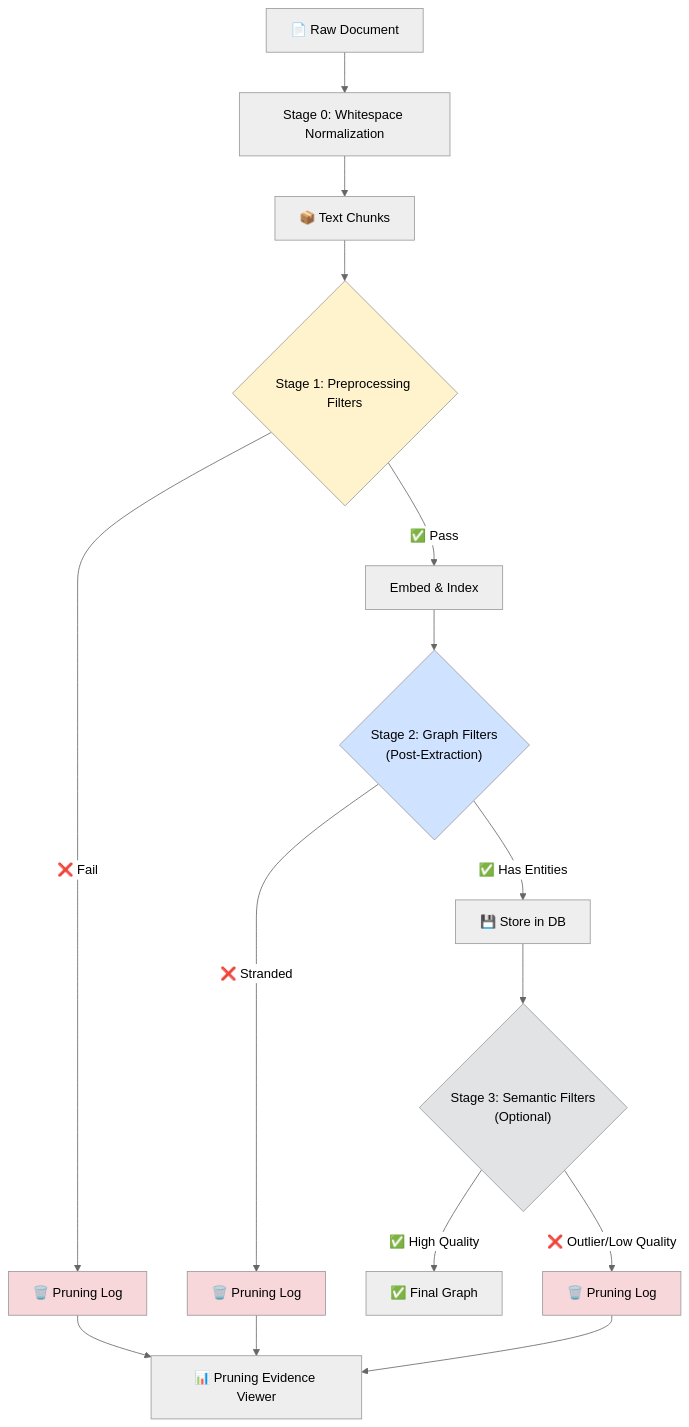
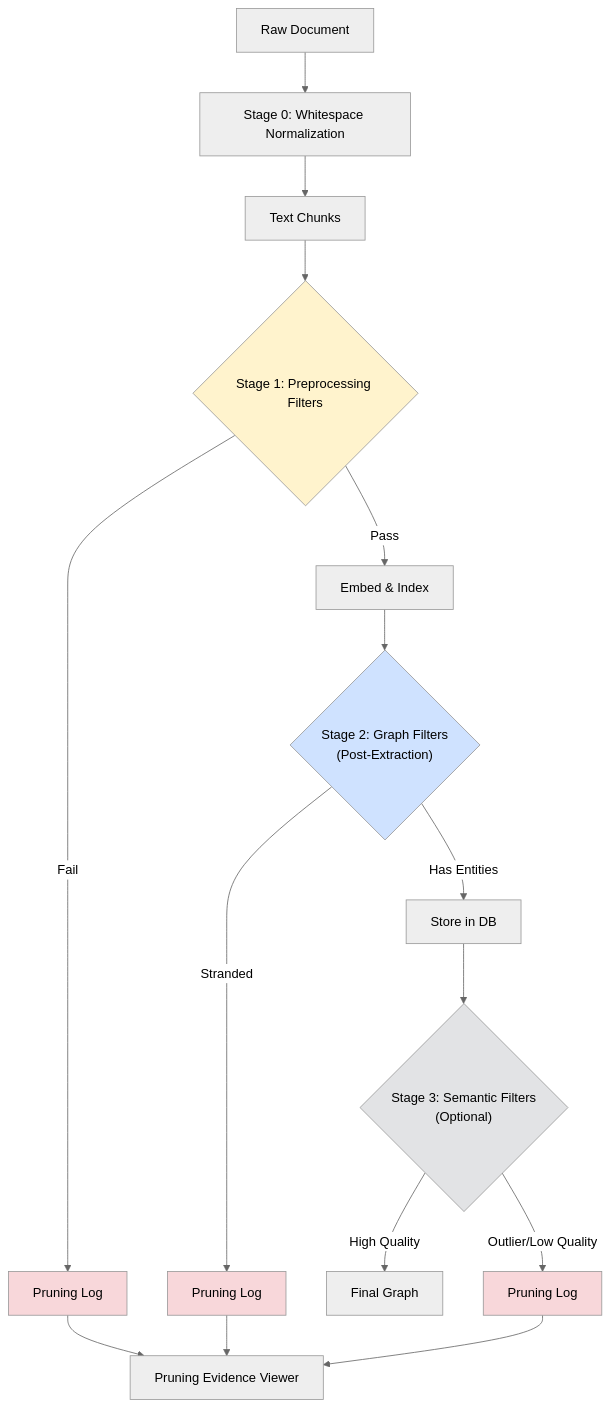
Before and after one commit to T-NhanNguyen/graphRAG-LlamaIndex: the diagram in docs/garbage-filtering-explained.md, drawn with Mermaid (neutral theme). The commit also changed 45 other files, not shown here.

````diff
--- a/docs/garbage-filtering-explained.md
+++ b/docs/garbage-filtering-explained.md
@@ -46,26 +46,26 @@
 ```mermaid
 graph TD
-    A["📄 Raw Document"] --> B["Stage 0: Whitespace Normalization"]
-    B --> C["📦 Text Chunks"]
+    A[" Raw Document"] --> B["Stage 0: Whitespace Normalization"]
+    B --> C[" Text Chunks"]
 
     C --> D{"Stage 1: Preprocessing Filters"}
-    D -->|"✅ Pass"| E["Embed & Index"]
-    D -->|"❌ Fail"| F1["🗑️ Pruning Log"]
+    D -->|" Pass"| E["Embed & Index"]
+    D -->|" Fail"| F1[" Pruning Log"]
 
     E --> G{"Stage 2: Graph Filters<br/>(Post-Extraction)"}
-    G -->|"✅ Has Entities"| H["💾 Store in DB"]
-    G -->|"❌ Stranded"| F2["🗑️ Pruning Log"]
+    G -->|" Has Entities"| H[" Store in DB"]
+    G -->|" Stranded"| F2[" Pruning Log"]
 
     H --> I{"Stage 3: Semantic Filters<br/>(Optional)"}
-    I -->|"✅ High Quality"| J["✅ Final Graph"]
-    I -->|"❌ Outlier/Low Quality"| F3["🗑️ Pruning Log"]
+    I -->|" High Quality"| J[" Final Graph"]
+    I -->|" Outlier/Low Quality"| F3[" Pruning Log"]
 
-    F1 & F2 & F3 --> K["📊 Pruning Evidence Viewer"]
+    F1 & F2 & F3 --> K[" Pruning Evidence Viewer"]
 
     style D fill:#fff3cd
     style G fill:#cfe2ff
     style I fill:#e2e3e5
     style F1 fill:#f8d7da
     style F2 fill:#f8d7da
     style F3 fill:#f8d7da
 ```
````
